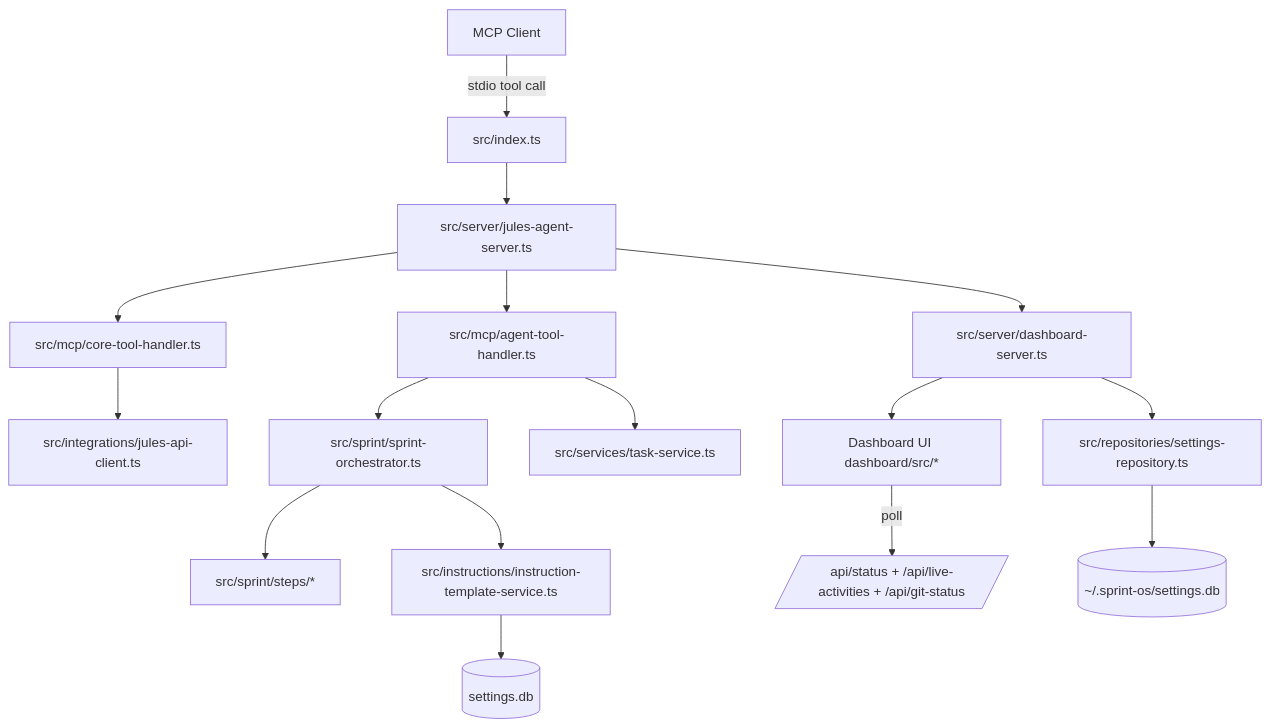
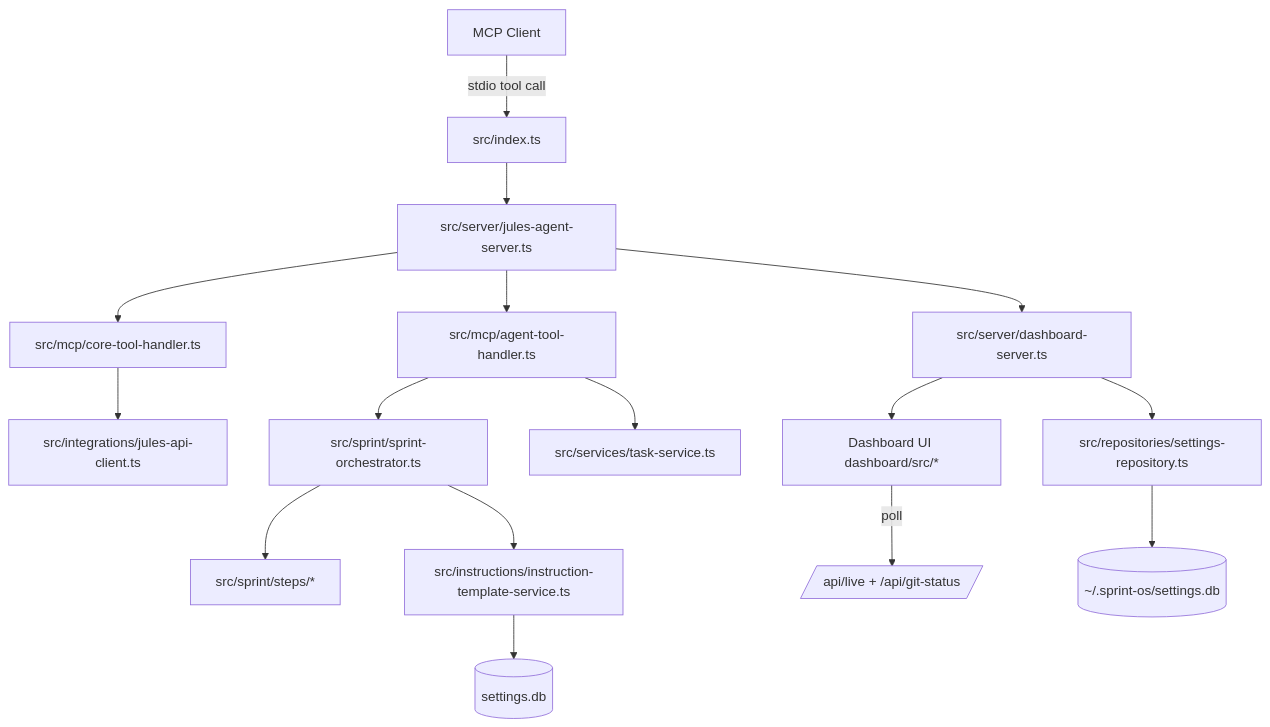
The diagram in docs/architecture/system-overview.md (codeux-ai/codeux), drawn with Mermaid before and after one commit. The commit also changed other lines of this file and 14 other files, not shown here.

````diff
--- a/docs/architecture/system-overview.md
+++ b/docs/architecture/system-overview.md
@@ -69,18 +69,18 @@
 ```mermaid
 flowchart TD
   A[MCP Client] -->|stdio tool call| B[src/index.ts]
   B --> R[src/server/jules-agent-server.ts]
   R --> C[src/mcp/core-tool-handler.ts]
   R --> D[src/mcp/agent-tool-handler.ts]
   C --> E[src/integrations/jules-api-client.ts]
   D --> F[src/sprint/sprint-orchestrator.ts]
   F --> G[src/sprint/steps/*]
   F --> H[src/instructions/instruction-template-service.ts]
   H --> I[(settings.db)]
   D --> J[src/services/task-service.ts]
   R --> L[src/server/dashboard-server.ts]
   L --> M[Dashboard UI dashboard/src/*]
-  M -->|poll| N[/api/status + /api/live-activities + /api/git-status/]
+  M -->|poll| N[/api/live + /api/git-status/]
   L --> O[src/repositories/settings-repository.ts]
   O --> P[(~/.sprint-os/settings.db)]
 ```
````
